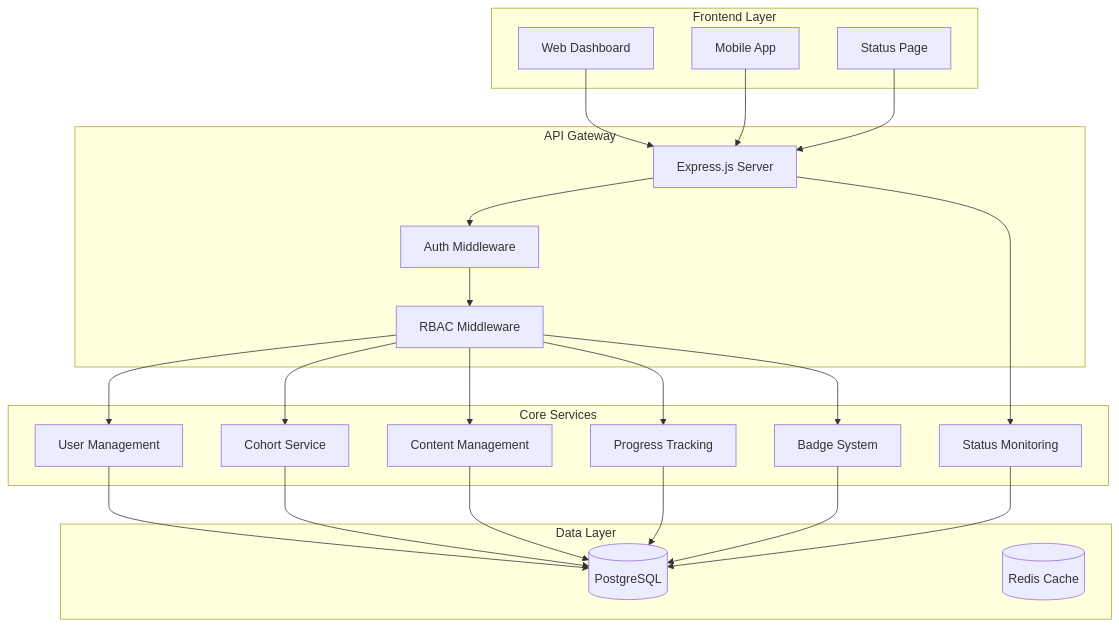
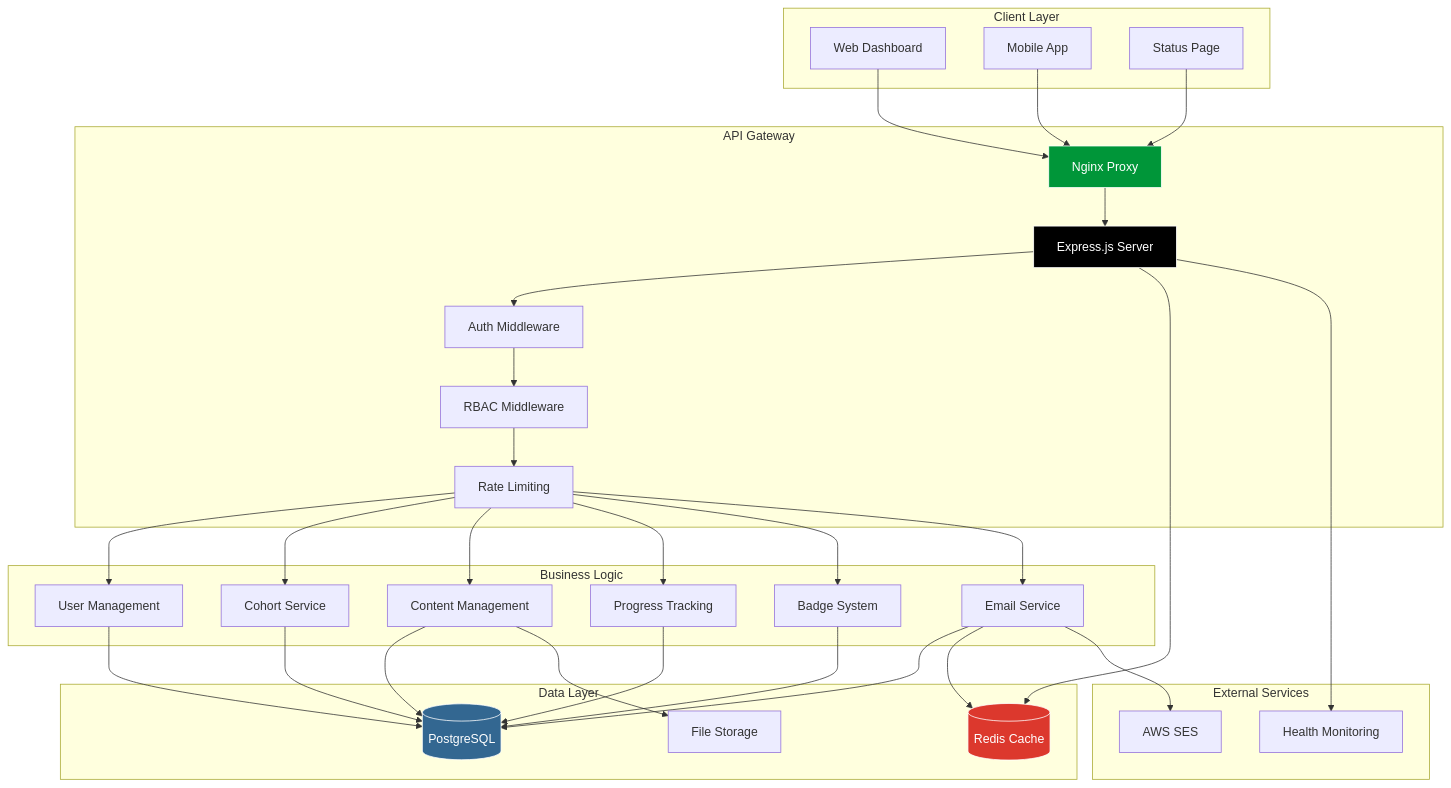
The first of 9 diagrams in README.md (openlearnnitj/openlearn-backend), drawn with Mermaid before and after one commit. The commit also changed other lines of this file and 63 other files, not shown here.

Commit message:
feat: secure realtime monitoring service

````diff
--- a/README.md
+++ b/README.md
@@ -103,47 +78,69 @@
 ```mermaid
 graph TB
-    subgraph "Frontend Layer"
+    subgraph "Client Layer"
         WEB[Web Dashboard]
         MOBILE[Mobile App]
         STATUS[Status Page]
     end
     
     subgraph "API Gateway"
+        NGINX[Nginx Proxy]
         EXPRESS[Express.js Server]
         AUTH_MW[Auth Middleware]
         RBAC[RBAC Middleware]
+        RATE[Rate Limiting]
     end
     
-    subgraph "Core Services"
+    subgraph "Business Logic"
         USER_SVC[User Management]
         COHORT_SVC[Cohort Service]
         CONTENT_SVC[Content Management]
         PROGRESS_SVC[Progress Tracking]
         BADGE_SVC[Badge System]
-        STATUS_SVC[Status Monitoring]
+        EMAIL_SVC[Email Service]
     end
     
     subgraph "Data Layer"
         POSTGRES[(PostgreSQL)]
         REDIS[(Redis Cache)]
+        FILES[File Storage]
     end
     
-    WEB --> EXPRESS
-    MOBILE --> EXPRESS
-    STATUS --> EXPRESS
+    subgraph "External Services"
+        AWS_SES[AWS SES]
+        MONITORING[Health Monitoring]
+    end
+    
+    WEB --> NGINX
+    MOBILE --> NGINX
+    STATUS --> NGINX
+    NGINX --> EXPRESS
     EXPRESS --> AUTH_MW
     AUTH_MW --> RBAC
-    RBAC --> USER_SVC
-    RBAC --> COHORT_SVC
-    RBAC --> CONTENT_SVC
-    RBAC --> PROGRESS_SVC
-    RBAC --> BADGE_SVC
-    EXPRESS --> STATUS_SVC
+    RBAC --> RATE
+    
+    RATE --> USER_SVC
+    RATE --> COHORT_SVC
+    RATE --> CONTENT_SVC
+    RATE --> PROGRESS_SVC
+    RATE --> BADGE_SVC
+    RATE --> EMAIL_SVC
     
     USER_SVC --> POSTGRES
     COHORT_SVC --> POSTGRES
     CONTENT_SVC --> POSTGRES
     PROGRESS_SVC --> POSTGRES
     BADGE_SVC --> POSTGRES
-    STATUS_SVC --> POSTGRES
+    EMAIL_SVC --> POSTGRES
+    
+    EMAIL_SVC --> REDIS
+    EMAIL_SVC --> AWS_SES
+    EXPRESS --> REDIS
+    EXPRESS --> MONITORING
+    CONTENT_SVC --> FILES
+    
+    style POSTGRES fill:#336791,stroke:#fff,color:#fff
+    style REDIS fill:#DC382D,stroke:#fff,color:#fff
+    style EXPRESS fill:#000,stroke:#fff,color:#fff
+    style NGINX fill:#009639,stroke:#fff,color:#fff
 ```
````
